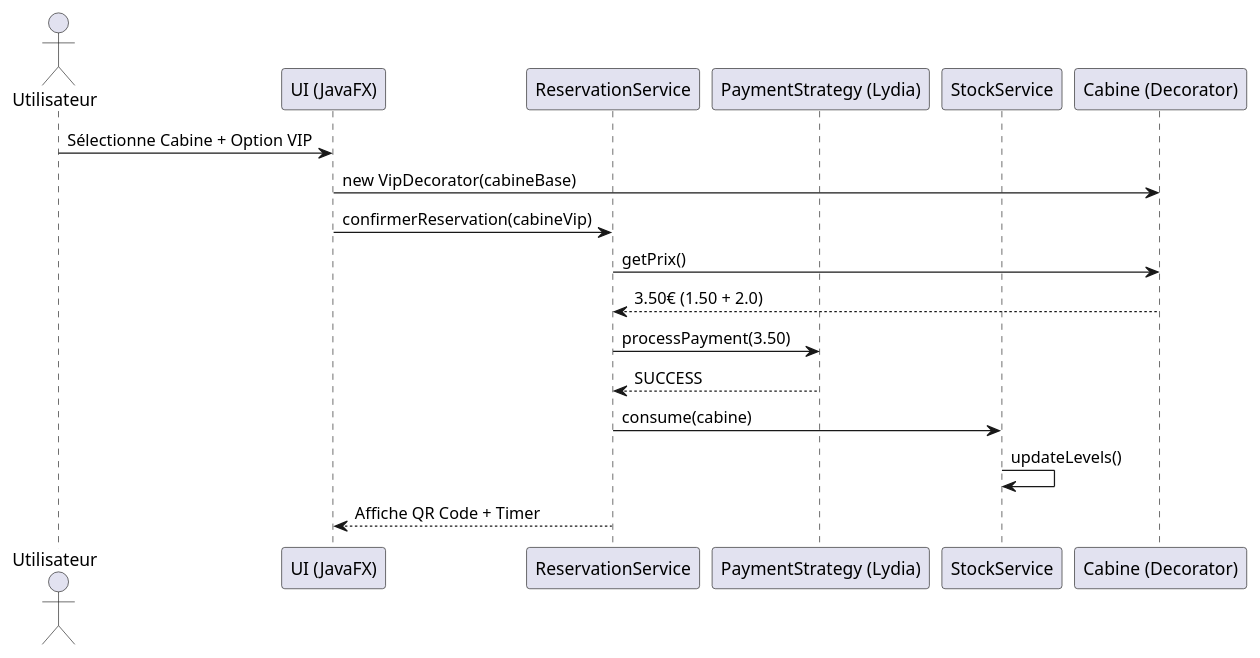
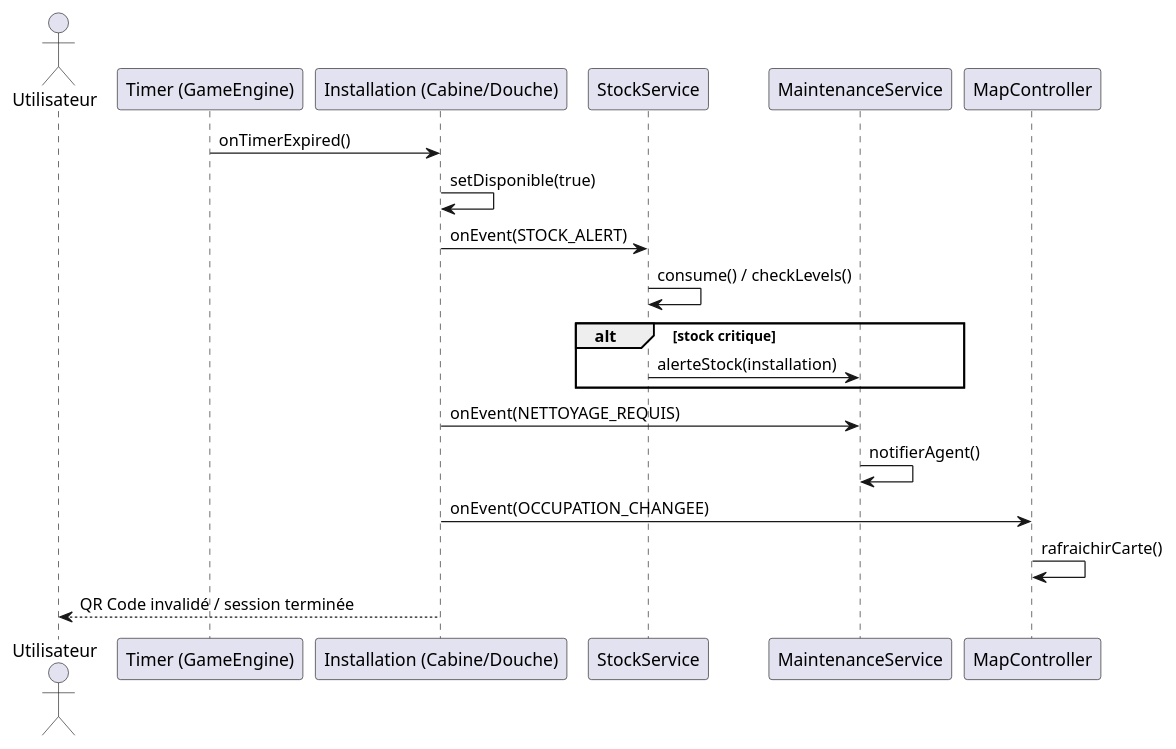
Before and after one commit to CPE-LYON-APICOT/projet-poncemoileboug: the second of 2 diagrams in docs/conception.md, drawn with PlantUML. The commit also changed other lines of this file and 1 other file, not shown here.

````diff
--- a/docs/conception.md
+++ b/docs/conception.md
@@ -118,25 +182,24 @@
 ```plantuml
 @startuml
 actor Utilisateur
-participant "UI (JavaFX)" as UI
-participant ReservationService
-participant "PaymentStrategy (Lydia)" as Lydia
+participant "Timer (GameEngine)" as Timer
+participant "Installation (Cabine/Douche)" as Inst
 participant StockService
-participant "Cabine (Decorator)" as Cabine
+participant MaintenanceService
+participant MapController
 
-Utilisateur -> UI : Sélectionne Cabine + Option VIP
-UI -> Cabine : new VipDecorator(cabineBase)
-UI -> ReservationService : confirmerReservation(cabineVip)
+Timer -> Inst : onTimerExpired()
+Inst -> Inst : setDisponible(true)
+Inst -> StockService : onEvent(STOCK_ALERT)
+StockService -> StockService : consume() / checkLevels()
+alt stock critique
+  StockService -> MaintenanceService : alerteStock(installation)
+end
+Inst -> MaintenanceService : onEvent(NETTOYAGE_REQUIS)
+MaintenanceService -> MaintenanceService : notifierAgent()
+Inst -> MapController : onEvent(OCCUPATION_CHANGEE)
+MapController -> MapController : rafraichirCarte()
+Inst --> Utilisateur : QR Code invalidé / session terminée
+@enduml
 
-ReservationService -> Cabine : getPrix()
-Cabine --> ReservationService : 3.50€ (1.50 + 2.0)
-
-ReservationService -> Lydia : processPayment(3.50)
-Lydia --> ReservationService : SUCCESS
-
-ReservationService -> StockService : consume(cabine)
-StockService -> StockService : updateLevels()
-
-ReservationService --> UI : Affiche QR Code + Timer
-@enduml
 ```
````
